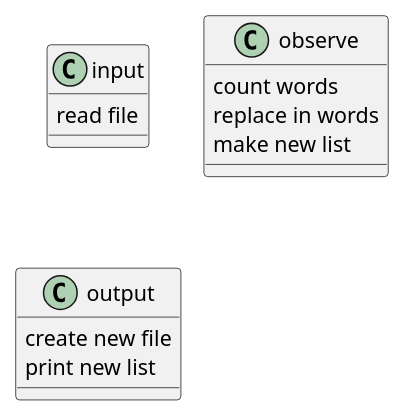
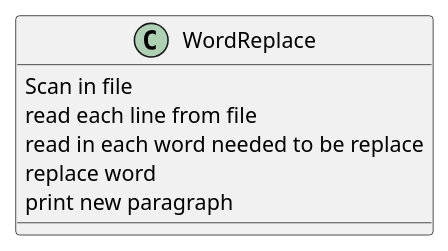
The diagram in src/main/java/ex45/ex45_UML.puml (korinneramcharitar/Ramcharitar-Cop3330-assignment3), drawn with PlantUML before and after one commit.

```diff
--- a/src/main/java/ex45/ex45_UML.puml
+++ b/src/main/java/ex45/ex45_UML.puml
@@ -1,15 +1,9 @@
 @startuml
-class input{
-read file
-
-}
-class observe{
-count words
-replace in words
-make new list
-}
-class output{
-create new file
-print new list
+class WordReplace{
+Scan in file
+read each line from file
+read in each word needed to be replace
+replace word
+print new paragraph
 }
 @enduml
```
